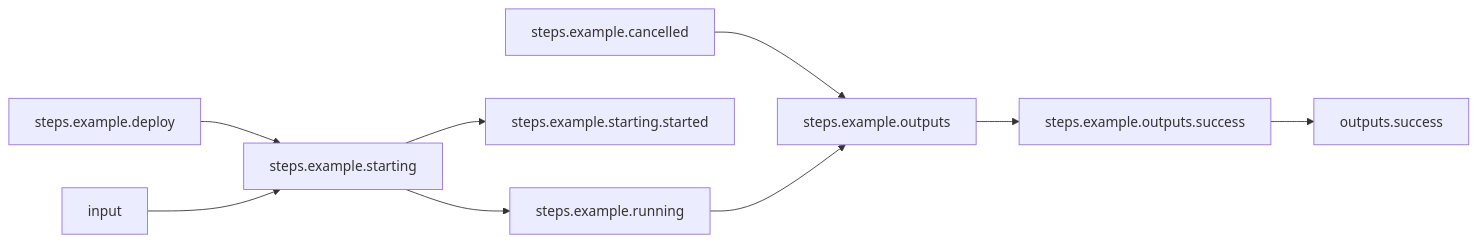
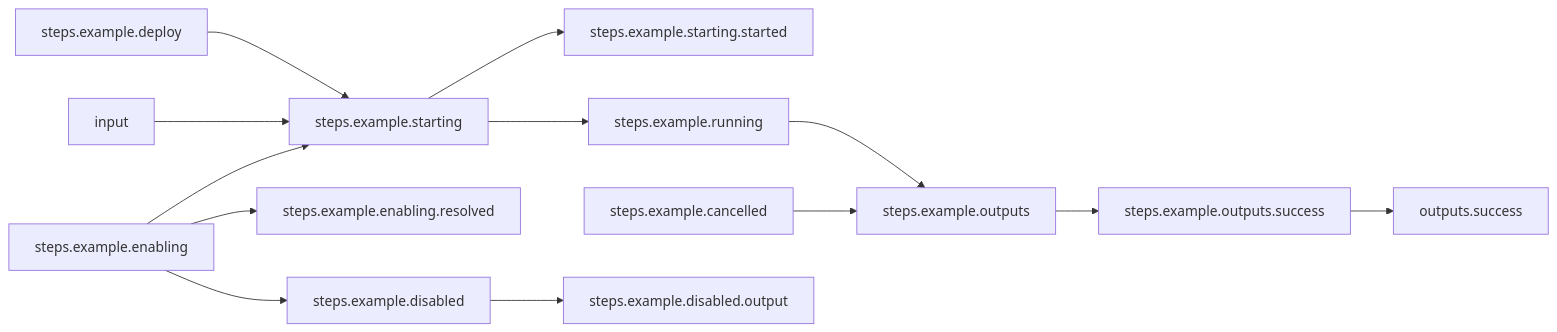
The diagram in basic-examples/namespaced-scopes/README.md (arcalot/arcaflow-workflows), drawn with Mermaid before and after one commit. The commit also changed other lines of this file and 49 other files, not shown here.

````diff
--- a/basic-examples/namespaced-scopes/README.md
+++ b/basic-examples/namespaced-scopes/README.md
@@ -159,13 +162,17 @@
 ```mermaid
 %% Mermaid markdown workflow
 flowchart LR
 %% Success path
+steps.example.starting-->steps.example.starting.started
+steps.example.starting-->steps.example.running
+steps.example.enabling-->steps.example.enabling.resolved
+steps.example.enabling-->steps.example.starting
+steps.example.enabling-->steps.example.disabled
+steps.example.outputs-->steps.example.outputs.success
+steps.example.cancelled-->steps.example.outputs
+steps.example.disabled-->steps.example.disabled.output
+input-->steps.example.starting
+steps.example.deploy-->steps.example.starting
+steps.example.running-->steps.example.outputs
 steps.example.outputs.success-->outputs.success
-steps.example.deploy-->steps.example.starting
-input-->steps.example.starting
-steps.example.outputs-->steps.example.outputs.success
-steps.example.starting-->steps.example.running
-steps.example.starting-->steps.example.starting.started
-steps.example.cancelled-->steps.example.outputs
-steps.example.running-->steps.example.outputs
 ```
````
